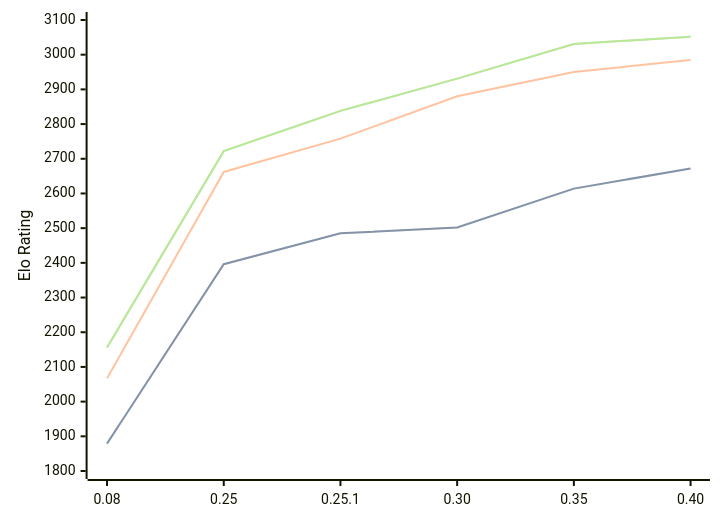
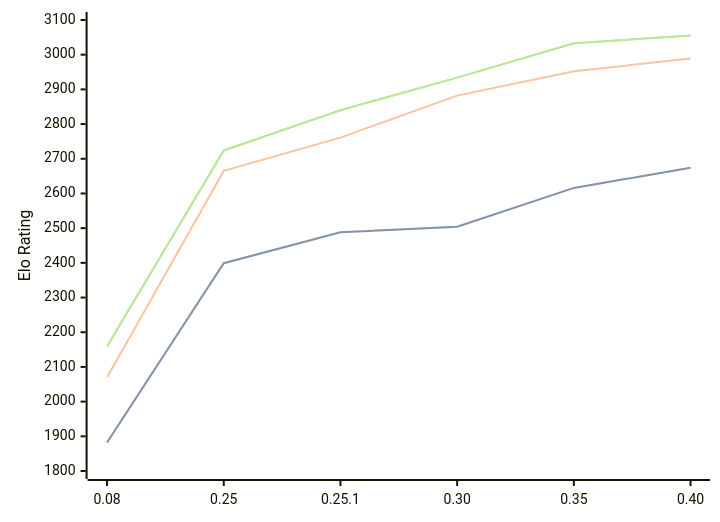
One commit to computer-chess-index/cci changed the diagram in engines/Gecko.md. Above: the diagram before and after it, drawn with Mermaid. The commit also changed other lines of this file, not shown here.

Commit message:
Update CCI Ratings (ELO VLTC) - 2026-09-24

````diff
--- a/engines/Gecko.md
+++ b/engines/Gecko.md
@@ -36,11 +36,11 @@
 ```mermaid
 %%{init: {"theme":"base","themeVariables":{"seriesColors:['#a3a3a3','#222221','#faa371']}}}%%
 xychart-beta
   x-axis ["0.08", "0.25", "0.25.1", "0.30", "0.35", "0.40"]
   y-axis "Elo Rating" 1800 --> 3100
-  line "" [1879, 2396, 2485, 2502, 2614, 2672]
-  line "STC (8.0+0.08s)" [1879, 2396, 2485, 2502, 2614, 2672]
-  line "LTC (60.0+0.60s)" [2067, 2662, 2758, 2880, 2950, 2985]
-  line "" [2156, 2722, 2838, 2931, 3031, 3052]
-  line "VLTC (2m24s+1.12s)" [2156, 2722, 2838, 2931, 3031, 3052]
+  line "" [1882, 2399, 2488, 2504, 2616, 2674]
+  line "STC (8.0+0.08s)" [1882, 2399, 2488, 2504, 2616, 2674]
+  line "LTC (60.0+0.60s)" [2070, 2665, 2761, 2882, 2952, 2989]
+  line "" [2159, 2724, 2840, 2934, 3033, 3055]
+  line "VLTC (2m24s+1.12s)" [2159, 2724, 2840, 2934, 3033, 3055]
 ```
````
